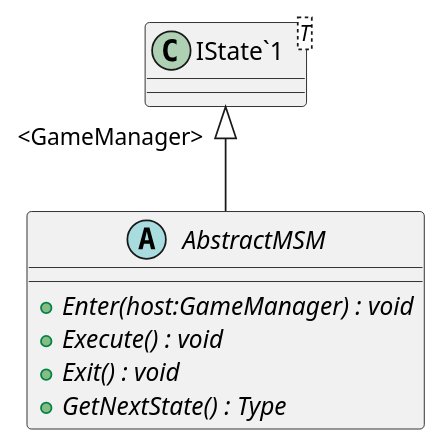
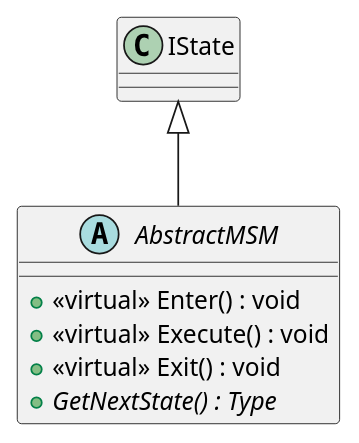
The diagram in Documentation/puml/Assets/Scripts/StateMachine/AbstractMSM.puml (Ubus99/AR_Project), drawn with PlantUML before and after one commit. The commit also changed 12 other files, not shown here.

```diff
--- a/Documentation/puml/Assets/Scripts/StateMachine/AbstractMSM.puml
+++ b/Documentation/puml/Assets/Scripts/StateMachine/AbstractMSM.puml
@@ -1,11 +1,9 @@
 @startuml
 abstract class AbstractMSM {
-    + {abstract} Enter(host:GameManager) : void
-    + {abstract} Execute() : void
-    + {abstract} Exit() : void
+    + <<virtual>> Enter() : void
+    + <<virtual>> Execute() : void
+    + <<virtual>> Exit() : void
     + {abstract} GetNextState() : Type
 }
-class "IState`1"<T> {
-}
-"IState`1" "<GameManager>" <|-- AbstractMSM
+IState <|-- AbstractMSM
 @enduml
```
